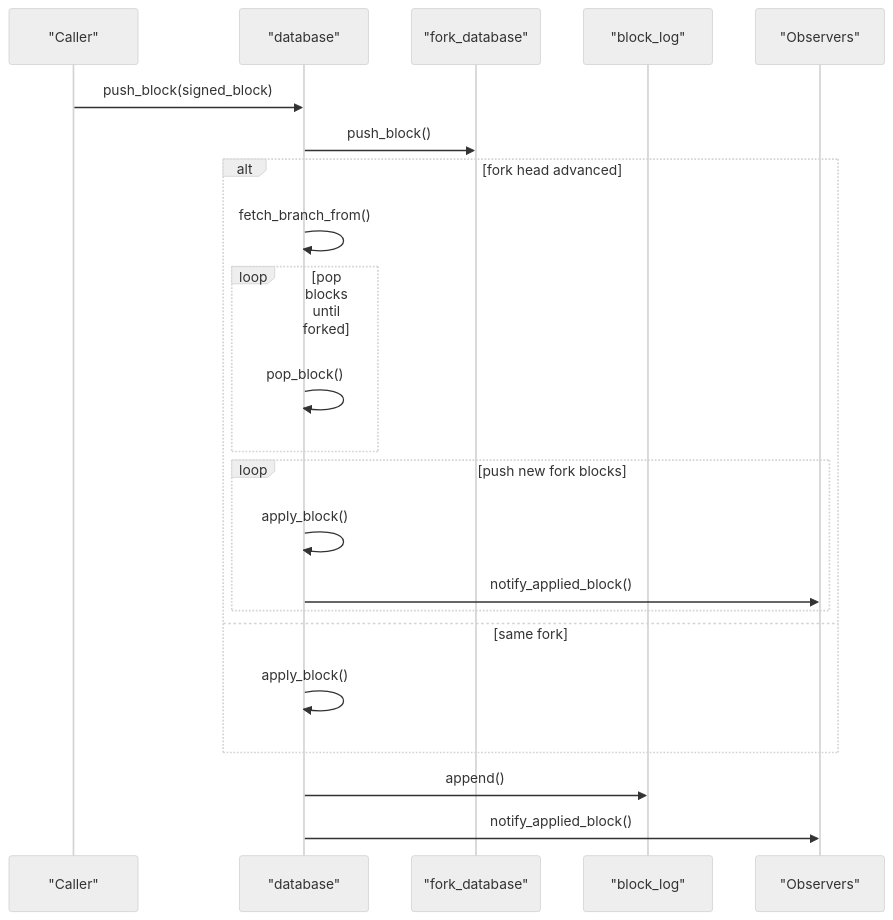
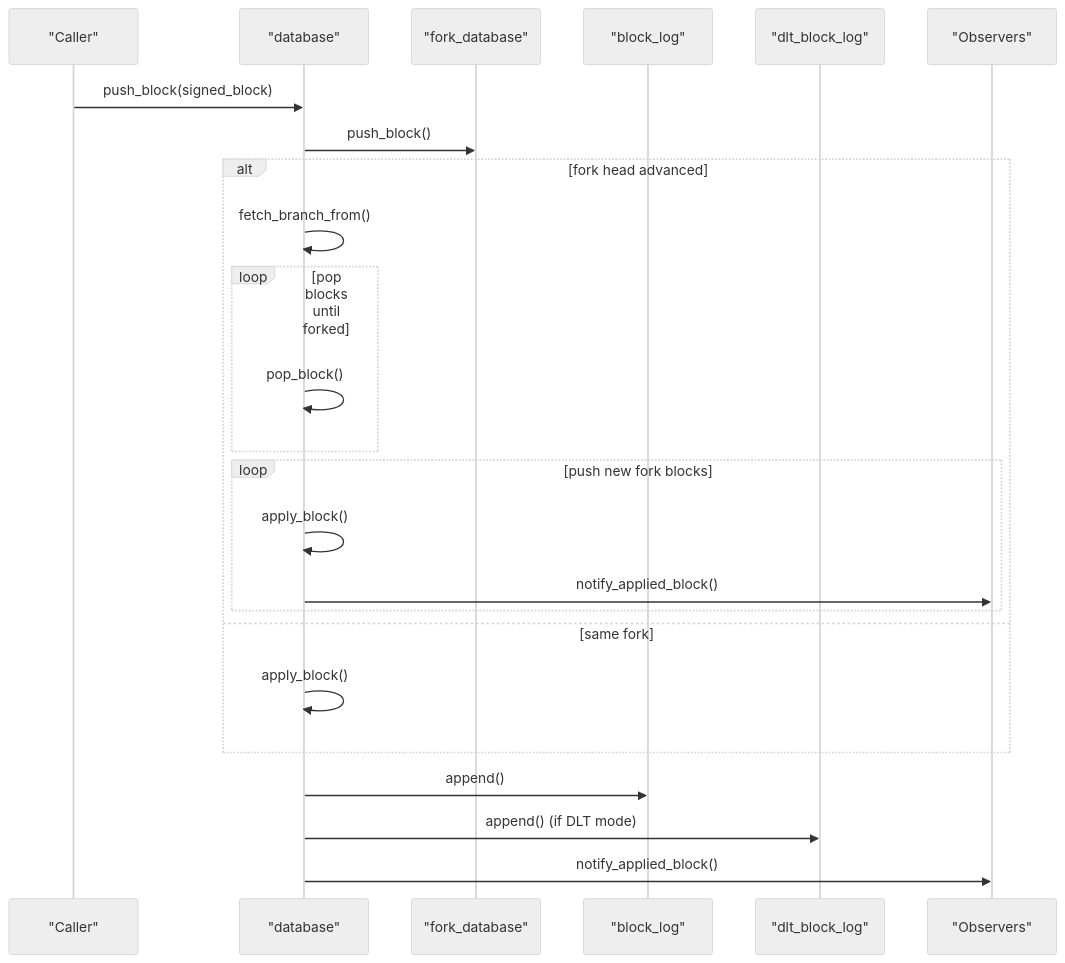
The second of 11 diagrams in .qoder/repowiki/en/content/Architecture Overview/Core Libraries/Chain Library/Chain Library.md (VIZ-Blockchain/viz-cpp-node), drawn with Mermaid (neutral theme) before and after one commit. The commit also changed other lines of this file and 9 other files, not shown here.

First line of the commit message:
feat(chain): add snapshot loading and DLT mode support

````diff
--- a/.qoder/repowiki/en/content/Architecture Overview/Core Libraries/Chain Library/Chain Library.md
+++ b/.qoder/repowiki/en/content/Architecture Overview/Core Libraries/Chain Library/Chain Library.md
@@ -129,24 +161,26 @@
 ```mermaid
 sequenceDiagram
 participant App as "Caller"
 participant DB as "database"
 participant FDB as "fork_database"
 participant BLK as "block_log"
+participant DLT as "dlt_block_log"
 participant OBS as "Observers"
 App->>DB : push_block(signed_block)
 DB->>FDB : push_block()
 alt fork head advanced
 DB->>DB : fetch_branch_from()
 loop pop blocks until forked
 DB->>DB : pop_block()
 end
 loop push new fork blocks
 DB->>DB : apply_block()
 DB->>OBS : notify_applied_block()
 end
 else same fork
 DB->>DB : apply_block()
 end
 DB->>BLK : append()
+DB->>DLT : append() (if DLT mode)
 DB->>OBS : notify_applied_block()
 ```
````
